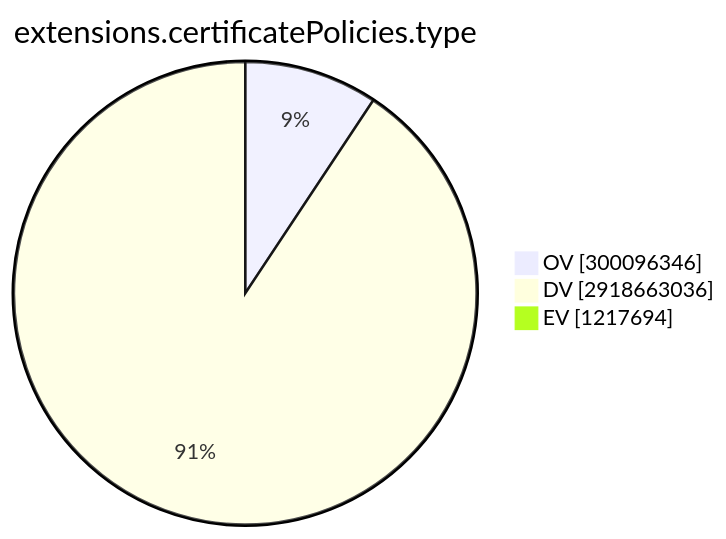
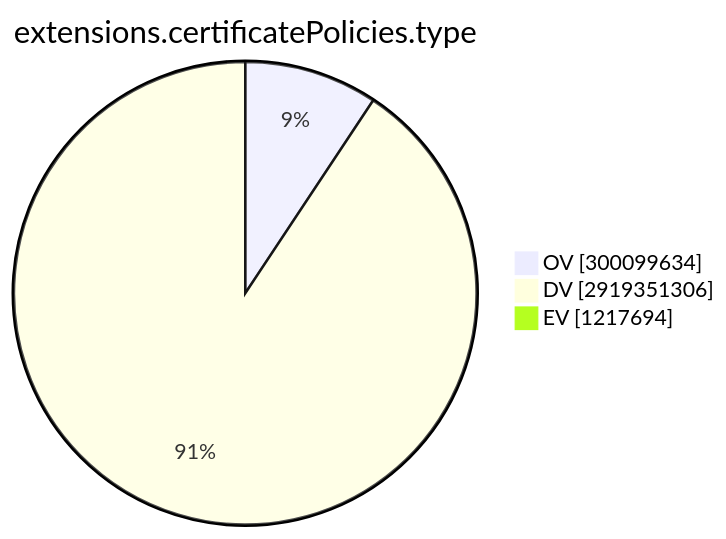
One commit to christiankrug/ctmonitor_visualization changed the ninth of 15 diagrams in TOTAL/README.md. Above: the diagram before and after it, drawn with Mermaid. The commit also changed other lines of this file, not shown here.

````diff
--- a/TOTAL/README.md
+++ b/TOTAL/README.md
@@ -3101,7 +3101,7 @@
 ```mermaid
 pie showData
 title extensions.certificatePolicies.type
-"OV" :300096346
-"DV" :2918663036
+"OV" :300099634
+"DV" :2919351306
 "EV" :1217694
 ```
````
